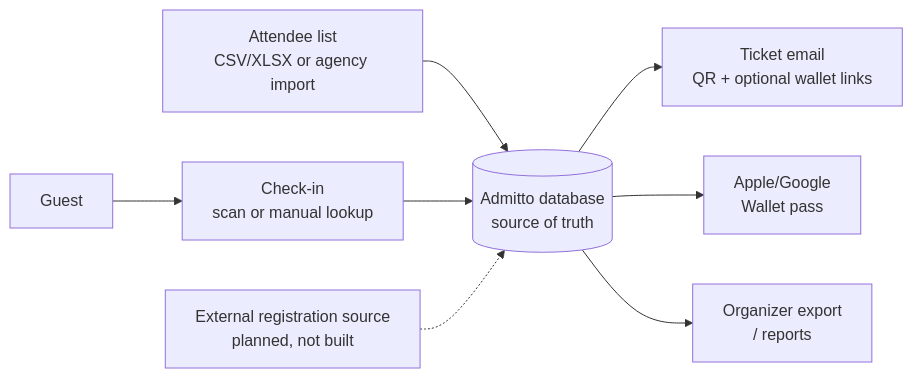
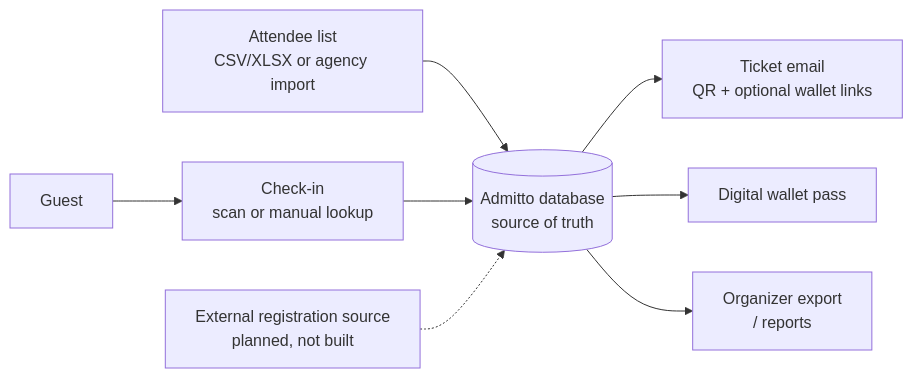
Before and after one commit to solarssk/admitto: the second of 2 diagrams in docs/security/ARCHITECTURE-FOR-AUDITORS.md, drawn with Mermaid. The commit also changed other lines of this file, not shown here.

First line of the commit message:
docs(security): describe wallet passes generically, not as Apple/Google-only

````diff
--- a/docs/security/ARCHITECTURE-FOR-AUDITORS.md
+++ b/docs/security/ARCHITECTURE-FOR-AUDITORS.md
@@ -85,10 +85,10 @@
 ```mermaid
 flowchart LR
   Import[Attendee list\nCSV/XLSX or agency import] --> Core[(Admitto database\nsource of truth)]
   Core --> Mail[Ticket email\nQR + optional wallet links]
-  Core --> Wallet[Apple/Google\nWallet pass]
+  Core --> Wallet[Digital wallet pass]
   Guest[Guest] --> Checkin[Check-in\nscan or manual lookup]
   Checkin --> Core
   Core --> Export[Organizer export\n/ reports]
   Ingest[External registration source\nplanned, not built] -.-> Core
 ```
````
